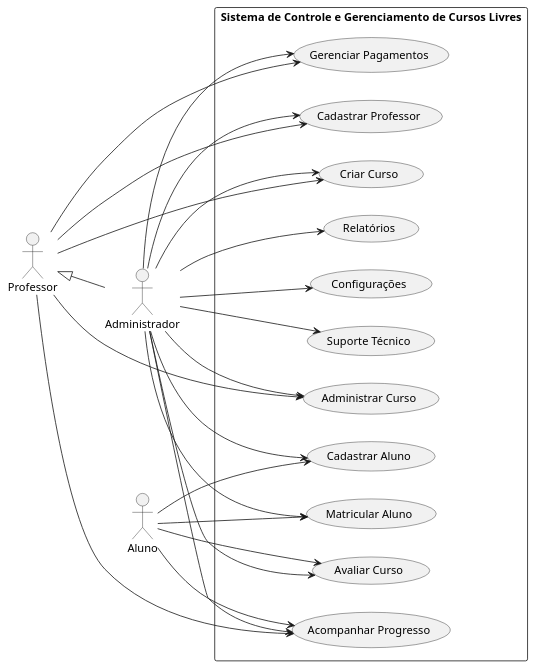
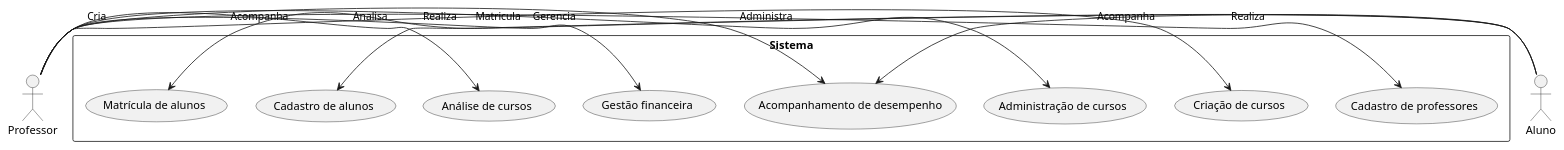
The diagram in docs/_backend_docs/diagramas/use_case.iuml (Vitor-rs/AgePlan_backend_project), drawn with PlantUML before and after one commit. The commit also changed 1 other file, not shown here.

Commit message:
Alterações diagrama

```diff
--- a/docs/_backend_docs/diagramas/use_case.iuml
+++ b/docs/_backend_docs/diagramas/use_case.iuml
@@ -1,49 +1,29 @@
 @startuml
 
-left to right direction
-skinparam packageStyle rectangle
 
-actor Professor
-actor Aluno
-actor Administrador
+actor "Professor" as professor
+actor "Aluno" as aluno
 
-rectangle "Sistema de Controle e Gerenciamento de Cursos Livres" {
-  usecase "Cadastrar Professor" as UC1
-  usecase "Cadastrar Aluno" as UC2
-  usecase "Criar Curso" as UC3
-  usecase "Administrar Curso" as UC4
-  usecase "Matricular Aluno" as UC5
-  usecase "Acompanhar Progresso" as UC6
-  usecase "Avaliar Curso" as UC7
-  usecase "Gerenciar Pagamentos" as UC8
-  usecase "Suporte Técnico" as UC9
-  usecase "Relatórios" as UC10
-  usecase "Configurações" as UC11
+rectangle Sistema {
+    usecase "Cadastro de professores" as UC1
+    usecase "Cadastro de alunos" as UC2
+    usecase "Criação de cursos" as UC3
+    usecase "Administração de cursos" as UC4
+    usecase "Matrícula de alunos" as UC5
+    usecase "Acompanhamento de desempenho" as UC6
+    usecase "Gestão financeira" as UC7
+    usecase "Análise de cursos" as UC8
 }
 
-Professor --> UC1
-Professor --> UC3
-Professor --> UC4
-Professor --> UC6
-Professor --> UC8
+professor -> UC1 : Realiza
+professor -> UC3 : Cria
+professor -> UC4 : Administra
+professor -> UC6 : Acompanha
+professor -> UC7 : Gerencia
+professor -> UC8 : Analisa
 
-Aluno --> UC2
-Aluno --> UC5
-Aluno --> UC6
-Aluno --> UC7
-
-Administrador --> UC9
-Administrador --> UC10
-Administrador --> UC11
-Administrador --> UC1
-Administrador --> UC2
-Administrador --> UC3
-Administrador --> UC4
-Administrador --> UC5
-Administrador --> UC6
-Administrador --> UC7
-Administrador --> UC8
-
-Professor <|-- Administrador
+aluno -> UC2 : Realiza
+aluno -> UC5 : Matricula
+aluno -> UC6 : Acompanha
 
 @enduml
```
